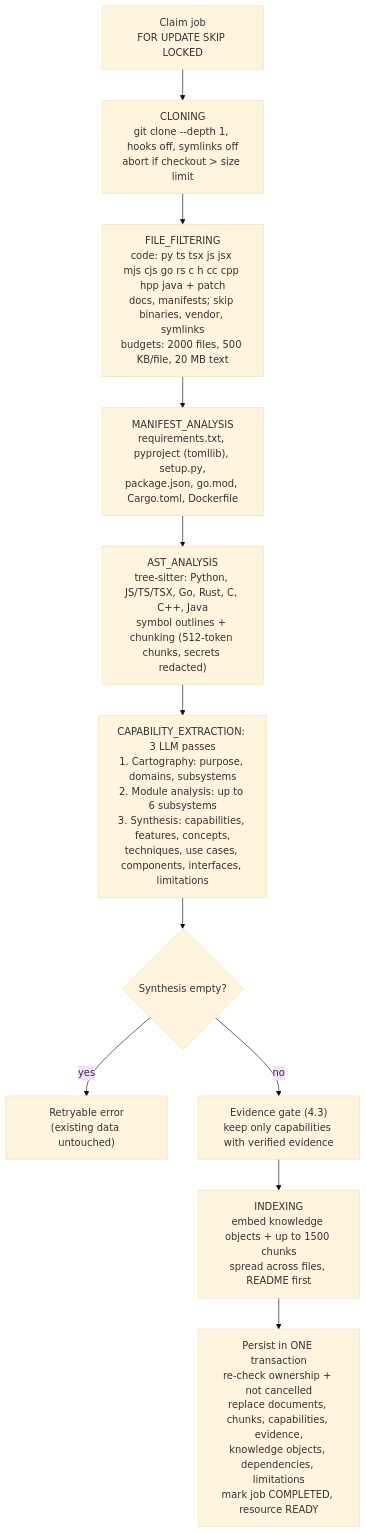
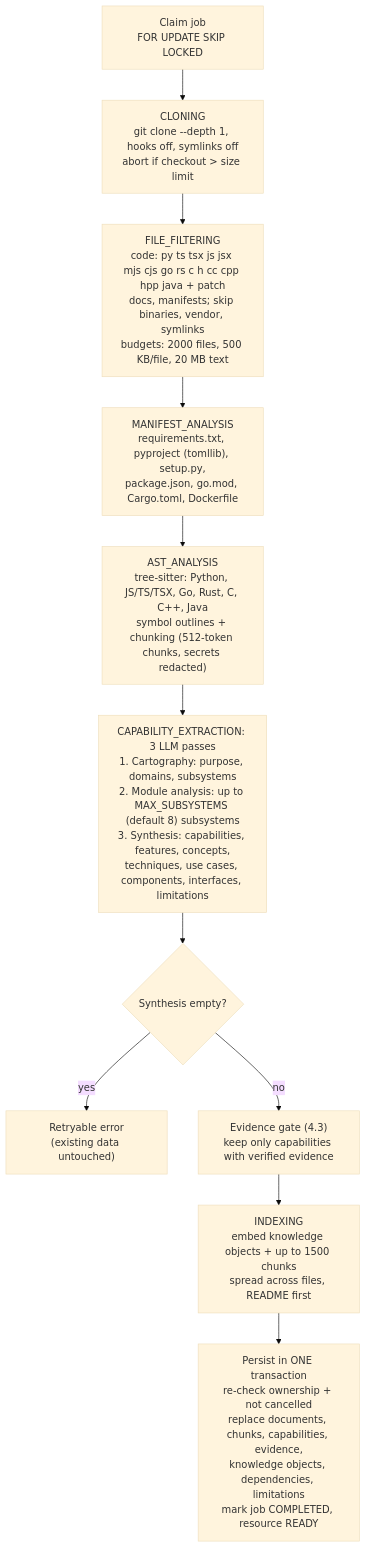
One commit to priteshvirat24/repo-intelligence changed the fifth of 9 diagrams in docs/ARCHITECTURE.md. Above: the diagram before and after it, drawn with Mermaid (base theme). The commit also changed 2 other files, not shown here.

Commit message:
docs: rewrite the README around what Open Eye does, with every architecture diagram
The README now leads with the problem Open Eye solves and how it works:
the run graph, evidence grades, build-versus-reuse classes, benchmark
results against plain GitHub search, an exact quick start, the
configuration that matters, trust and safety rules, and a map of the docs.

All architecture diagrams are in the README as Mermaid: the high-level
design, the component view, deployment, adding a repository, the indexing
pipeline, the evidence gate, the job queue, retrieval, chunking, Studio
answers, repository ranking, outbound requests, both data models, memory,
evolution and failure handling. All 18 parse and render with Mermaid 11.4.

The indexing diagrams in ARCHITECTURE.md and RAG.md now say subsystems are
capped by MAX_SUBSYSTEMS (default 8), not a fixed 6.

````diff
--- a/docs/ARCHITECTURE.md
+++ b/docs/ARCHITECTURE.md
@@ -182,13 +182,13 @@
 ```mermaid
 flowchart TD
     A["Claim job<br>FOR UPDATE SKIP LOCKED"] --> B["CLONING<br>git clone --depth 1, hooks off, symlinks off<br>abort if checkout > size limit"]
     B --> C["FILE_FILTERING<br>code: py ts tsx js jsx mjs cjs go rs c h cc cpp hpp java + patch<br>docs, manifests; skip binaries, vendor, symlinks<br>budgets: 2000 files, 500 KB/file, 20 MB text"]
     C --> D["MANIFEST_ANALYSIS<br>requirements.txt, pyproject (tomllib), setup.py,<br>package.json, go.mod, Cargo.toml, Dockerfile"]
     D --> E["AST_ANALYSIS<br>tree-sitter: Python, JS/TS/TSX, Go, Rust, C, C++, Java<br>symbol outlines + chunking (512-token chunks, secrets redacted)"]
-    E --> F["CAPABILITY_EXTRACTION: 3 LLM passes<br>1. Cartography: purpose, domains, subsystems<br>2. Module analysis: up to 6 subsystems<br>3. Synthesis: capabilities, features, concepts,<br>techniques, use cases, components, interfaces, limitations"]
+    E --> F["CAPABILITY_EXTRACTION: 3 LLM passes<br>1. Cartography: purpose, domains, subsystems<br>2. Module analysis: up to MAX_SUBSYSTEMS (default 8) subsystems<br>3. Synthesis: capabilities, features, concepts,<br>techniques, use cases, components, interfaces, limitations"]
     F --> G{"Synthesis empty?"}
     G -->|yes| R["Retryable error<br>(existing data untouched)"]
     G -->|no| H["Evidence gate (4.3)<br>keep only capabilities with verified evidence"]
     H --> I["INDEXING<br>embed knowledge objects + up to 1500 chunks<br>spread across files, README first"]
     I --> J["Persist in ONE transaction<br>re-check ownership + not cancelled<br>replace documents, chunks, capabilities, evidence,<br>knowledge objects, dependencies, limitations<br>mark job COMPLETED, resource READY"]
 ```
````
